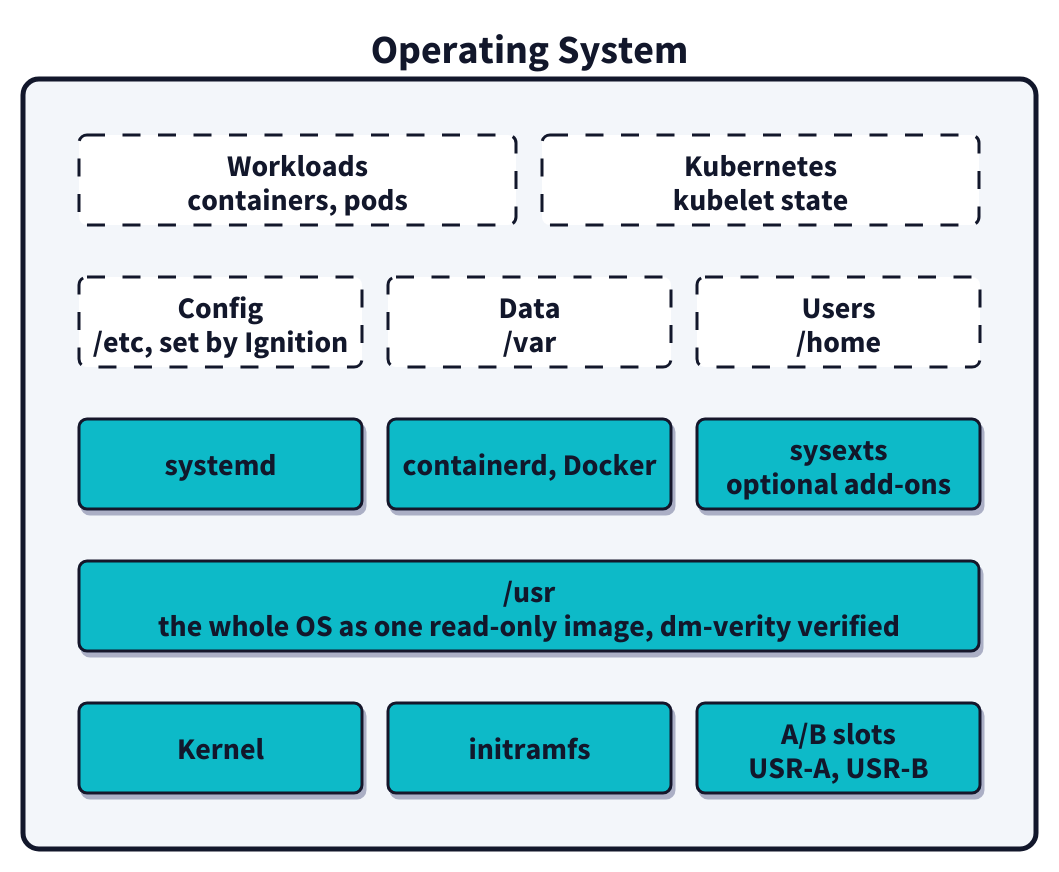
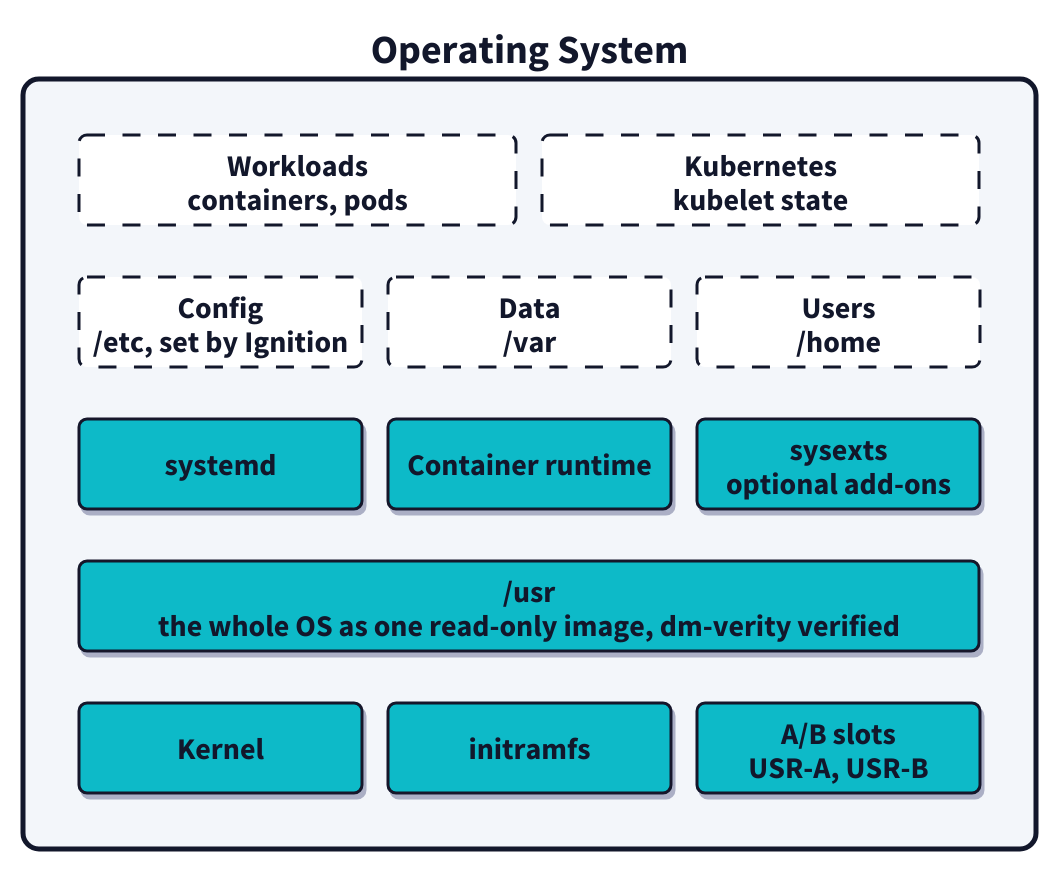
Before and after one commit to John15321/cloud-native-days-poland-2026: the diagram in assets/diagrams/immutable-layers.d2, drawn with D2. The commit also changed 5 other files, not shown here.

```diff
--- a/assets/diagrams/immutable-layers.d2
+++ b/assets/diagrams/immutable-layers.d2
@@ -1,110 +1,110 @@
 vars: {
   d2-config: {
     pad: 24
     sketch: false
   }
 }
 
 classes: {
   locked: {
     style: {
       fill: "#09BAC8"
       stroke: "#12172B"
       stroke-width: 3
       font-color: "#12172B"
       font-size: 30
       bold: true
       border-radius: 8
       shadow: true
     }
   }
   open: {
     style: {
       fill: "#FFFFFF"
       stroke: "#12172B"
       stroke-width: 3
       stroke-dash: 6
       font-color: "#12172B"
       font-size: 30
       bold: true
       border-radius: 8
     }
   }
   row: {
     style: {
       fill: "transparent"
       stroke: "transparent"
     }
   }
   legend: {
     style: {
       fill: "transparent"
       stroke: "transparent"
       font-color: "#12172B"
       font-size: 26
       bold: true
     }
   }
 }
 
 page: "" {
   class: row
   grid-columns: 1
   grid-gap: 12
 
   os: "Operating System" {
     style: {
       fill: "#F3F6FA"
       stroke: "#12172B"
       stroke-width: 5
       font-color: "#12172B"
       font-size: 40
       bold: true
       border-radius: 16
     }
     wall: "" {
       class: row
       grid-columns: 1
       grid-gap: 0
 
       w1: "" {
         class: row
         grid-rows: 1
         grid-gap: 26
         pods: "Workloads\ncontainers, pods" { class: open ; width: 437; height: 90 }
         kubelet: "Kubernetes\nkubelet state" { class: open ; width: 437; height: 90 }
       }
       w2: "" {
         class: row
         grid-rows: 1
         grid-gap: 26
         etc: "Config\n/etc, set by Ignition" { class: open ; width: 283; height: 90 }
         var: "Data\n/var" { class: open ; width: 283; height: 90 }
         home: "Users\n/home" { class: open ; width: 283; height: 90 }
       }
       r1: "" {
         class: row
         grid-rows: 1
         grid-gap: 26
         systemd: "systemd" { class: locked ; width: 283; height: 90 }
-        runtime: "containerd, Docker" { class: locked ; width: 283; height: 90 }
+        runtime: "Container runtime" { class: locked ; width: 283; height: 90 }
         sysext: "sysexts\noptional add-ons" { class: locked ; width: 283; height: 90 }
       }
       r2: "" {
         class: row
         grid-rows: 1
         grid-gap: 26
         usr: "/usr\nthe whole OS as one read-only image, dm-verity verified" { class: locked ; width: 900; height: 90 }
       }
       r3: "" {
         class: row
         grid-rows: 1
         grid-gap: 26
         kernel: "Kernel" { class: locked ; width: 283; height: 90 }
         initramfs: "initramfs" { class: locked ; width: 283; height: 90 }
         slots: "A/B slots\nUSR-A, USR-B" { class: locked ; width: 283; height: 90 }
       }
     }
   }
 
 }
```
